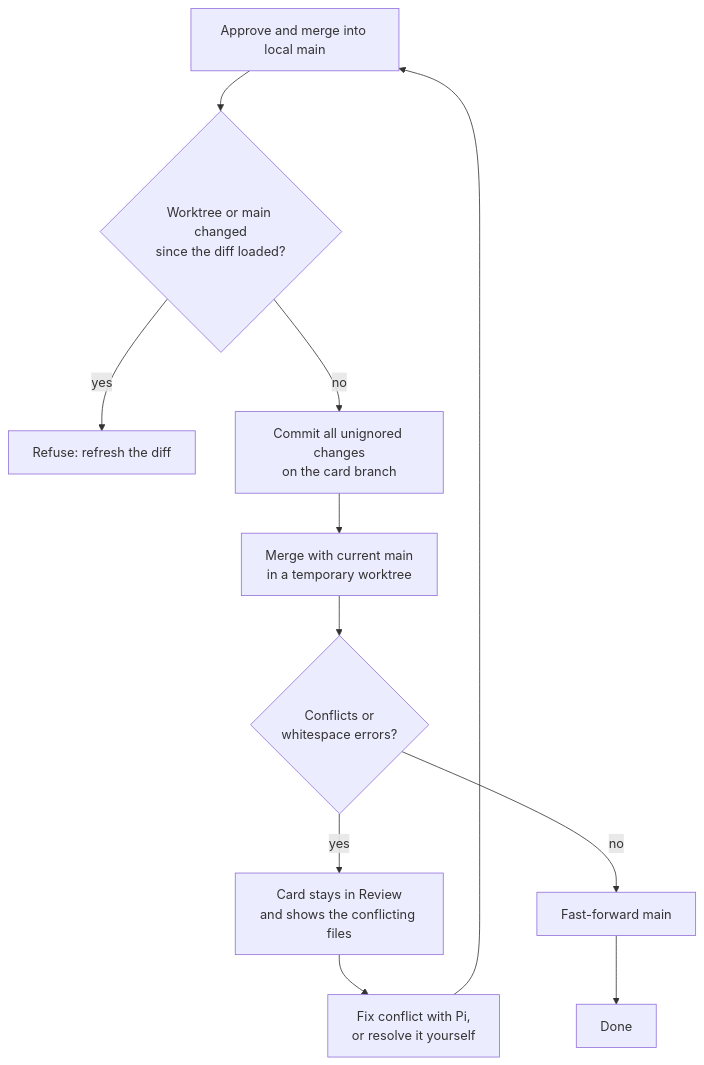
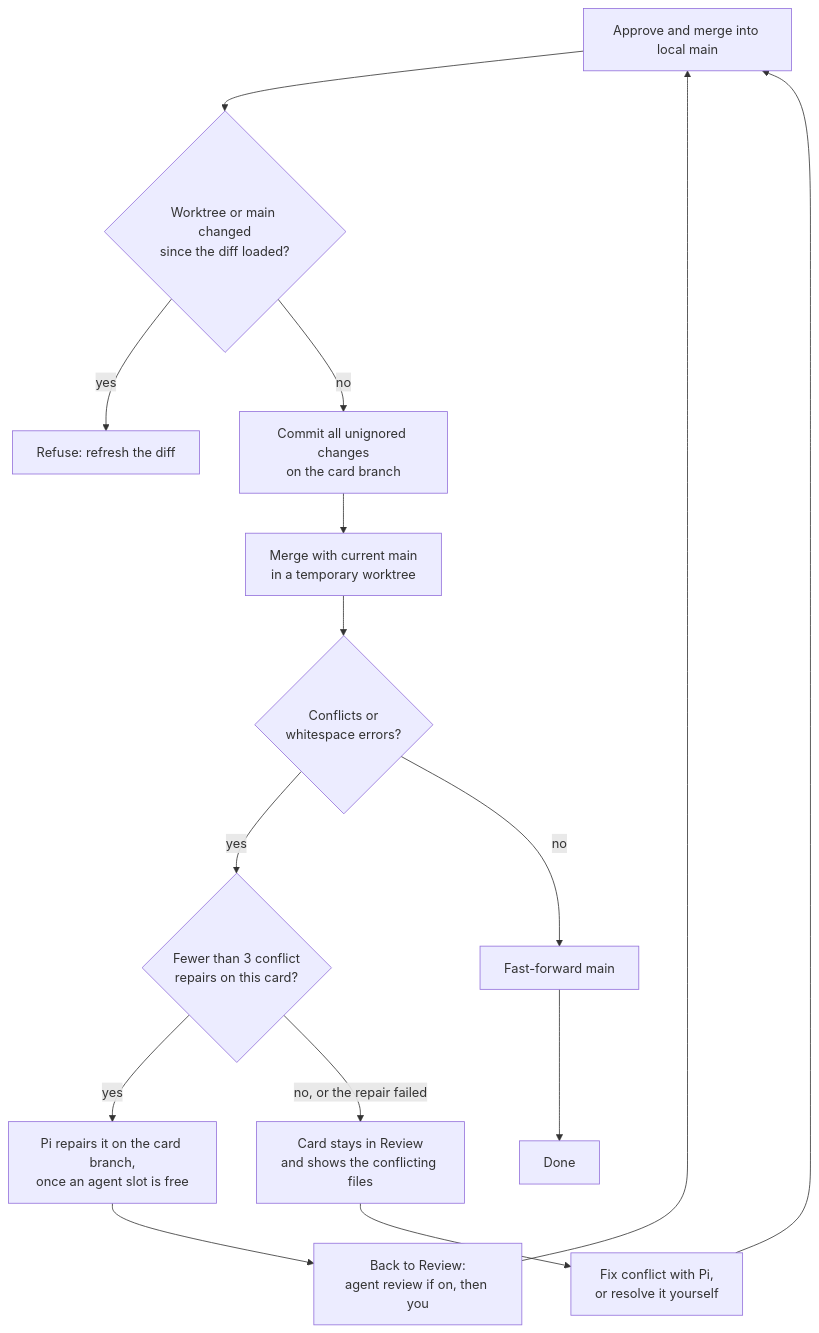
The third of 5 diagrams in docs/reference.md (aglowinthefield/alice), drawn with Mermaid before and after one commit. The commit also changed other lines of this file and 9 other files, not shown here.

Commit message:
Alice card: Repair approve-time merge conflicts automatically

````diff
--- a/docs/reference.md
+++ b/docs/reference.md
@@ -156,13 +156,17 @@
 ```mermaid
 flowchart TD
   A[Approve and merge into local main] --> B{Worktree or main changed<br/>since the diff loaded?}
   B -->|yes| R[Refuse: refresh the diff]
   B -->|no| C[Commit all unignored changes<br/>on the card branch]
   C --> D[Merge with current main<br/>in a temporary worktree]
   D --> E{Conflicts or<br/>whitespace errors?}
-  E -->|yes| F[Card stays in Review<br/>and shows the conflicting files]
+  E -->|yes| K{Fewer than 3 conflict<br/>repairs on this card?}
+  K -->|yes| L[Pi repairs it on the card branch,<br/>once an agent slot is free]
+  L --> M[Back to Review:<br/>agent review if on, then you]
+  M --> A
+  K -->|no, or the repair failed| F[Card stays in Review<br/>and shows the conflicting files]
   F --> G[Fix conflict with Pi,<br/>or resolve it yourself]
   G --> A
   E -->|no| H[Fast-forward main]
   H --> I[Done]
 ```
````
